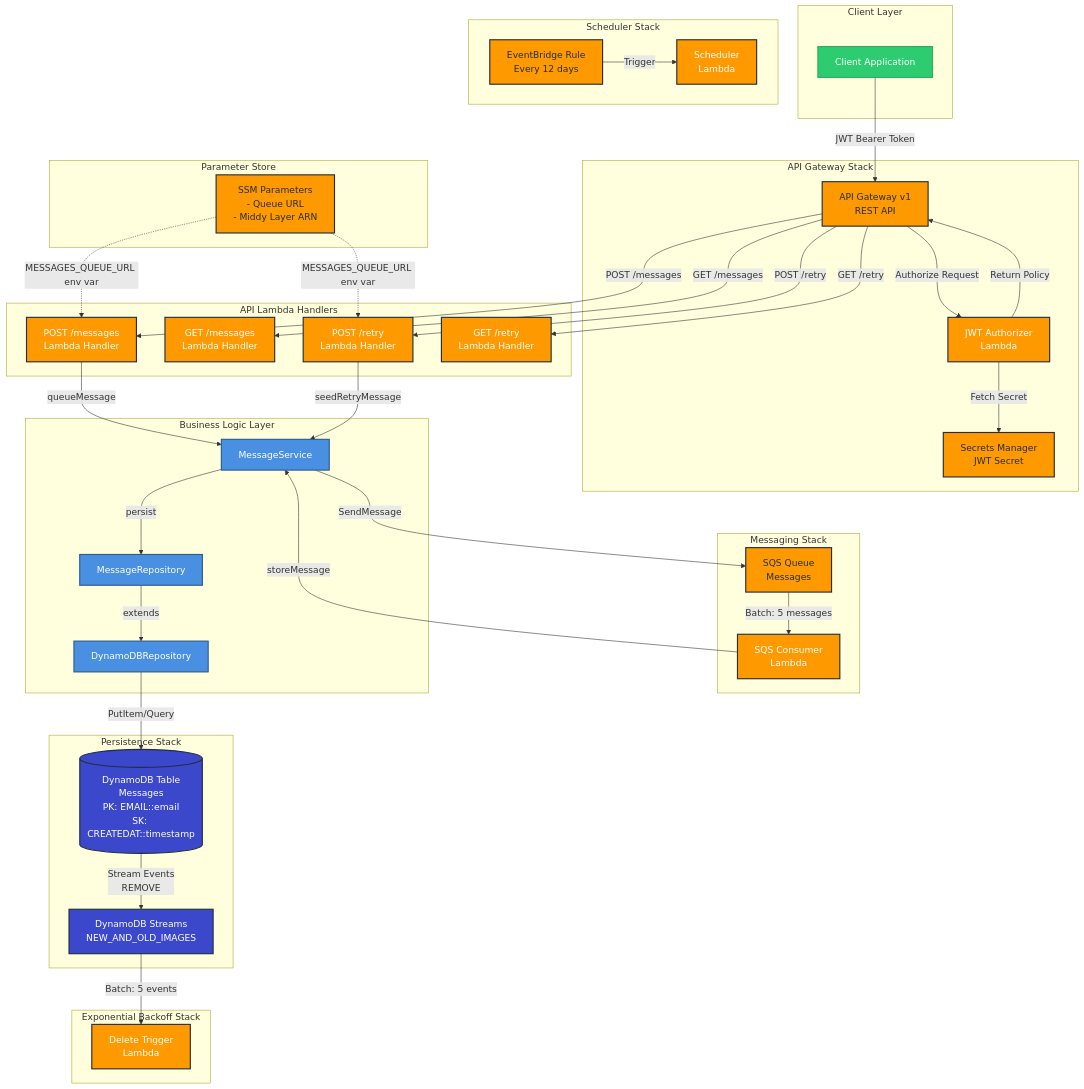
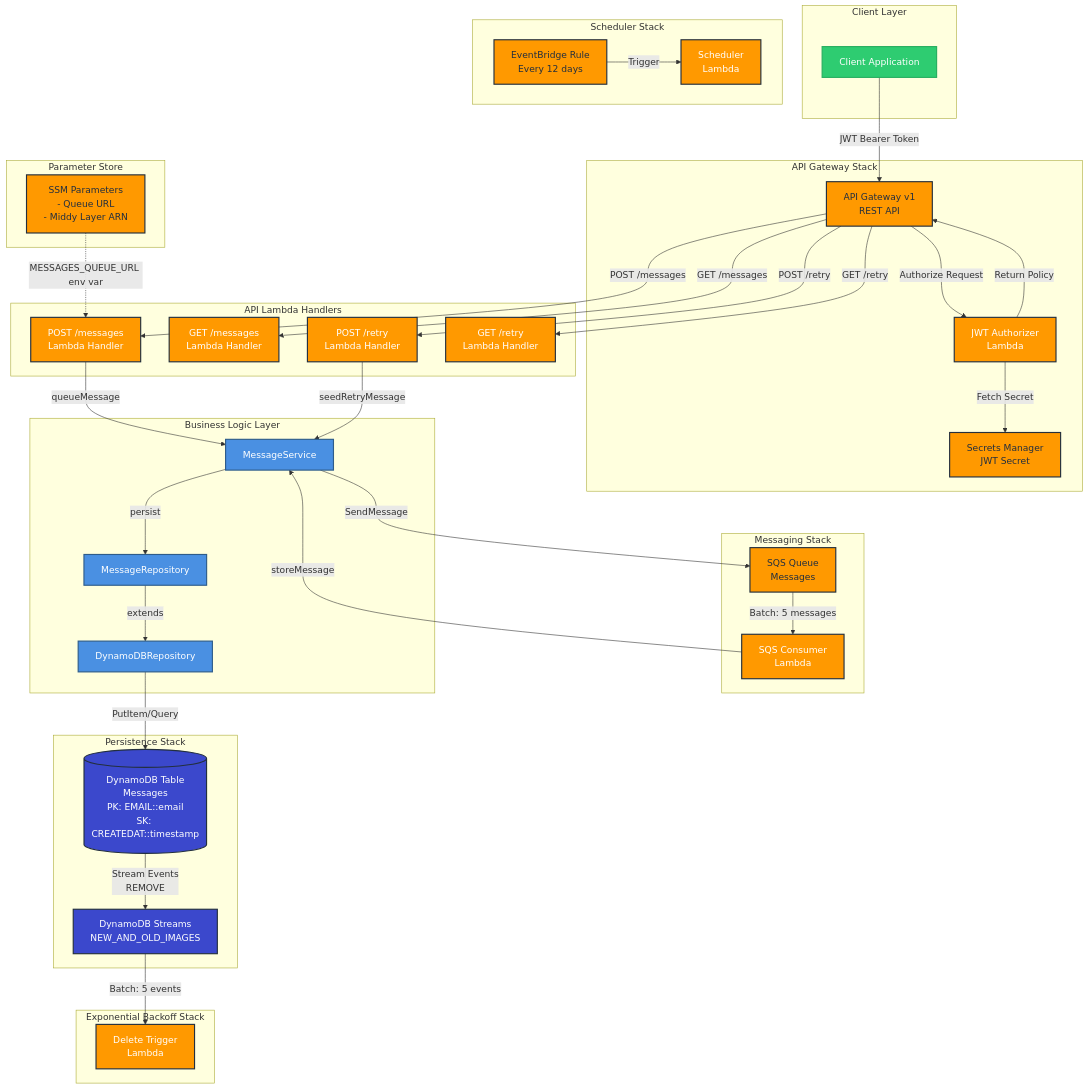
The first of 3 diagrams in docs/ARCHITECTURE.md (rawlinja/serverless-message-retry-cdk), drawn with Mermaid before and after one commit. The commit also changed other lines of this file and 1 other file, not shown here.

Commit message:
docs(architecture): align flow diagrams and configuration notes

```diff
--- a/docs/ARCHITECTURE.md
+++ b/docs/ARCHITECTURE.md
@@ -91,7 +91,6 @@
 
     %% SSM Parameter Store (CDK deploy-time only — values injected as env vars)
     SSM -.->|MESSAGES_QUEUE_URL env var| PostMsg
-    SSM -.->|MESSAGES_QUEUE_URL env var| PostRetry
 
     %% Styling
     classDef aws fill:#FF9900,stroke:#232F3E,stroke-width:2px,color:#232F3E
```
